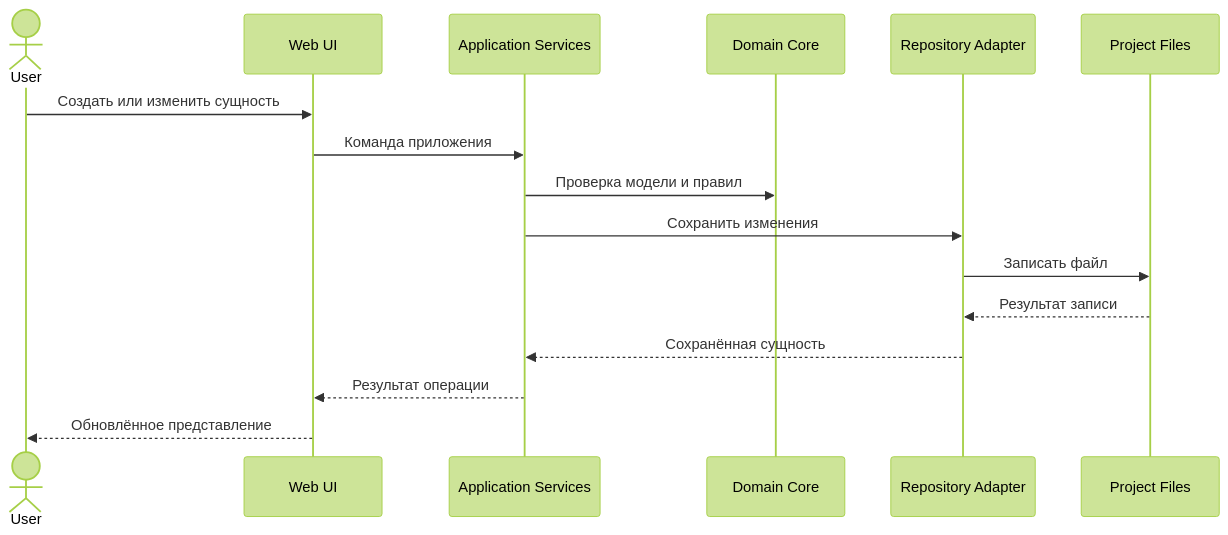
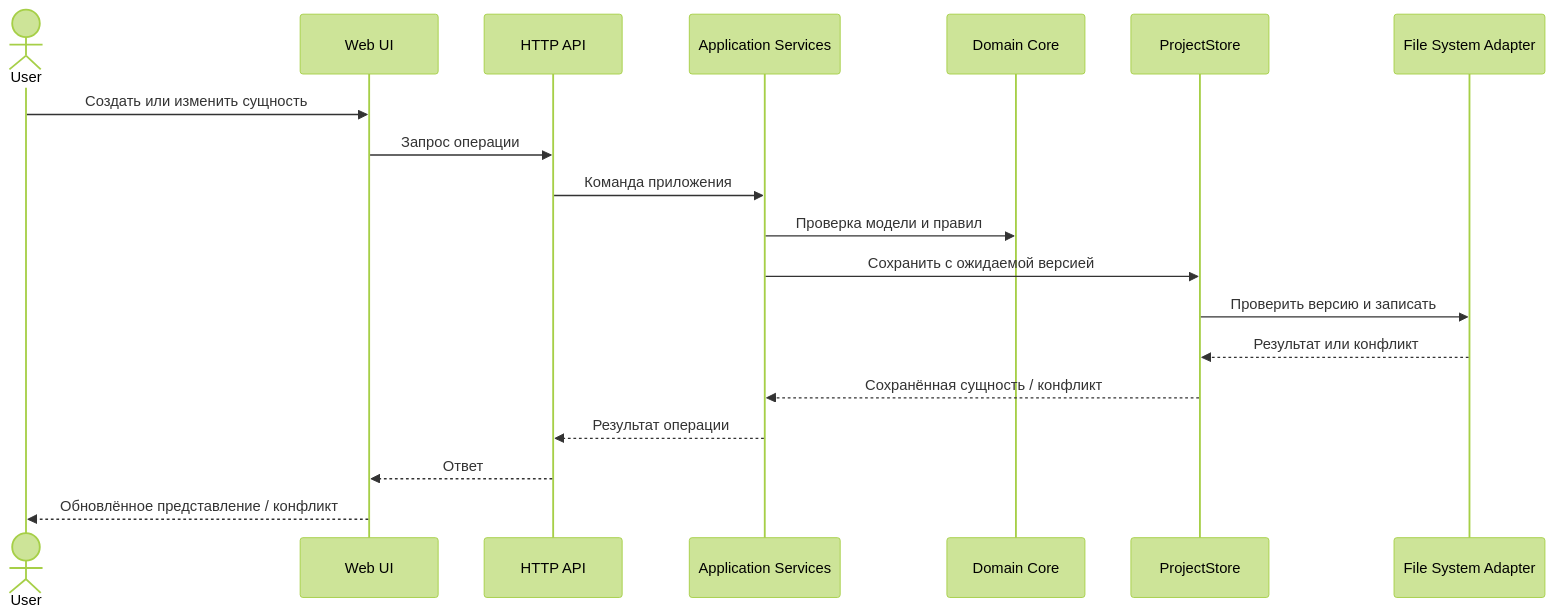
The second of 3 diagrams in docs/architecture/architecture-overview.md (diserere/repo-docs-tracker), drawn with Mermaid (forest theme) before and after one commit. The commit also changed other lines of this file, not shown here.

Commit message:
docs: update architecture overview to v0.2

````diff
--- a/docs/architecture/architecture-overview.md
+++ b/docs/architecture/architecture-overview.md
@@ -182,19 +284,22 @@
-``` mermaid
+```mermaid
 sequenceDiagram
     actor User
     participant UI as Web UI
+    participant HTTP as HTTP API
     participant App as Application Services
     participant Core as Domain Core
-    participant Repo as Repository Adapter
-    participant FS as Project Files
+    participant Store as ProjectStore
+    participant FS as File System Adapter
 
     User->>UI: Создать или изменить сущность
-    UI->>App: Команда приложения
+    UI->>HTTP: Запрос операции
+    HTTP->>App: Команда приложения
     App->>Core: Проверка модели и правил
-    App->>Repo: Сохранить изменения
-    Repo->>FS: Записать файл
-    FS-->>Repo: Результат записи
-    Repo-->>App: Сохранённая сущность
-    App-->>UI: Результат операции
-    UI-->>User: Обновлённое представление
+    App->>Store: Сохранить с ожидаемой версией
+    Store->>FS: Проверить версию и записать
+    FS-->>Store: Результат или конфликт
+    Store-->>App: Сохранённая сущность / конфликт
+    App-->>HTTP: Результат операции
+    HTTP-->>UI: Ответ
+    UI-->>User: Обновлённое представление / конфликт
 ```
````
